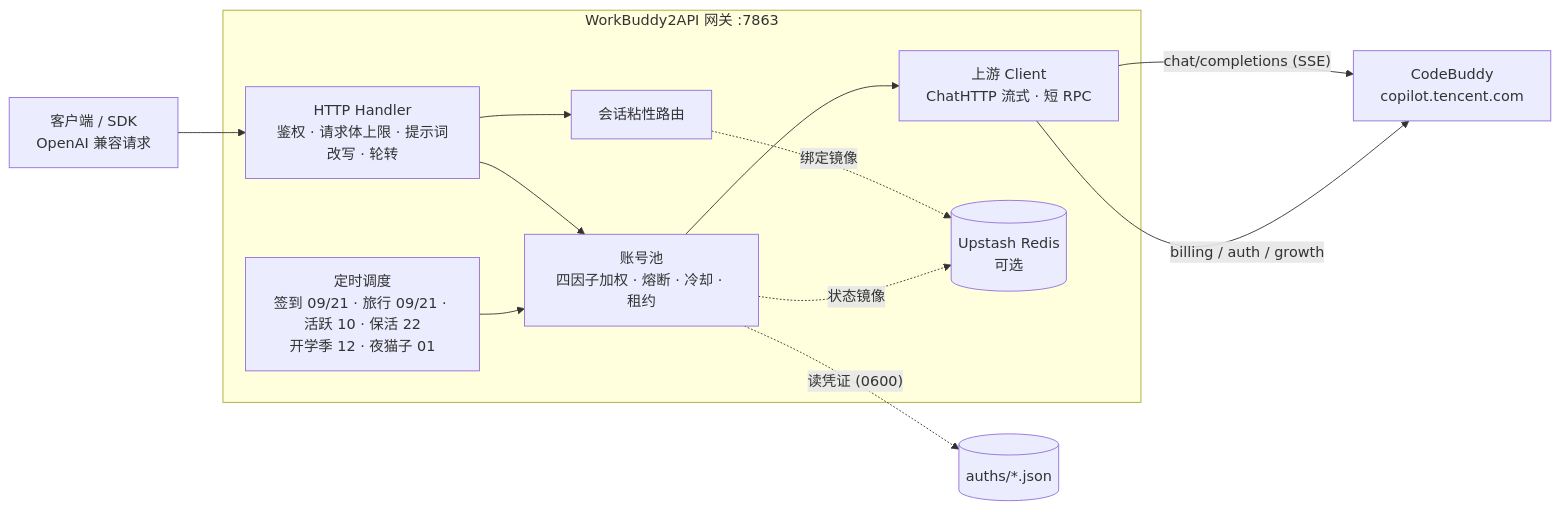
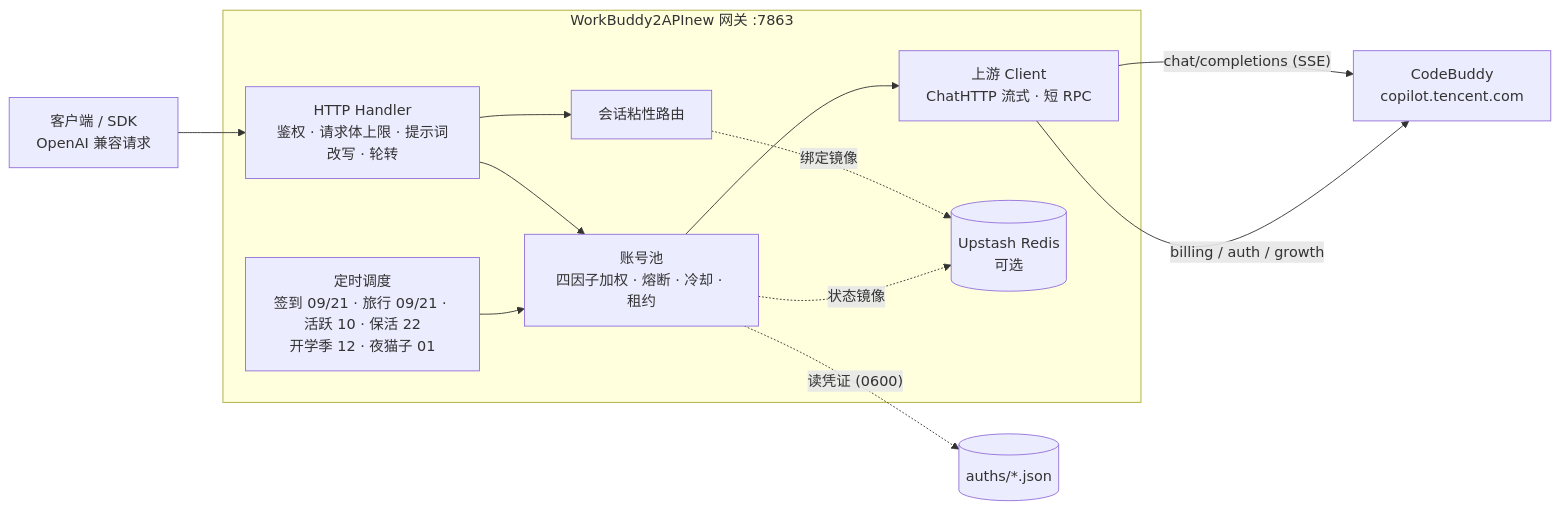
The diagram in README.md (aaliang319-source/workbuddy2apinew), drawn with Mermaid before and after one commit. The commit also changed other lines of this file and 21 other files, not shown here.

First line of the commit message:
feat: 模型级故障转移 + 图片多模态透传 + Key 模型限制 + 品牌更名

````diff
--- a/README.md
+++ b/README.md
@@ -133,18 +133,18 @@
 ```mermaid
 flowchart LR
     Client["客户端 / SDK\nOpenAI 兼容请求"] --> H
 
-    subgraph GWI["WorkBuddy2API 网关 :7863"]
+    subgraph GWI["WorkBuddy2APInew 网关 :7863"]
         H["HTTP Handler\n鉴权 · 请求体上限 · 提示词改写 · 轮转"] --> P
         H --> S
         P["账号池\n四因子加权 · 熔断 · 冷却 · 租约"] --> U
         S["会话粘性路由"] -.绑定镜像.-> REDIS
         T["定时调度\n签到 09/21 · 旅行 09/21 · 活跃 10 · 保活 22\n开学季 12 · 夜猫子 01"] --> P
         U["上游 Client\nChatHTTP 流式 · 短 RPC"]
     end
 
     P -. "读凭证 (0600)" .-> AUTH[("auths/*.json")]
     P -. "状态镜像" .-> REDIS[("Upstash Redis\n可选")]
     U -->|"chat/completions (SSE)"| CB["CodeBuddy\ncopilot.tencent.com"]
     U -->|"billing / auth / growth"| CB
 ```
````
